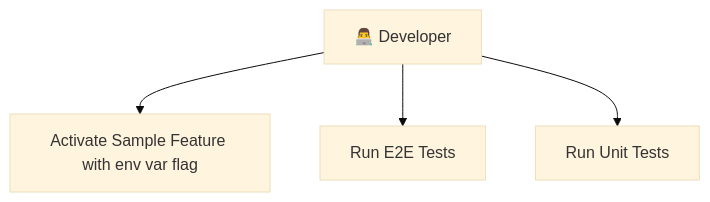
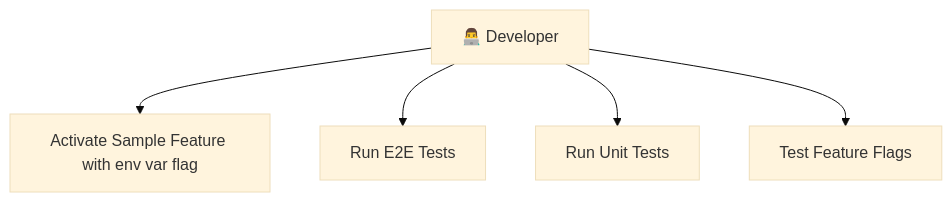
Before and after one commit to MetaMask/metamask-mobile: the first of 2 diagrams in app/features/SampleFeature/README.md, drawn with Mermaid (base theme). The commit also changed other lines of this file and 5 other files, not shown here.

````diff
--- a/app/features/SampleFeature/README.md
+++ b/app/features/SampleFeature/README.md
@@ -10,10 +10,11 @@
 ```mermaid
 graph TB
     %% Developer Actor
     Dev[👨‍💻 Developer]
     
     %% Developer Use Cases
     Dev --> ActivateFeature[Activate Sample Feature with env var flag]
     Dev --> RunE2ETests[Run E2E Tests]
     Dev --> RunUnitTests[Run Unit Tests]
+    Dev --> TestFeatureFlags[Test Feature Flags]
 ```
````
